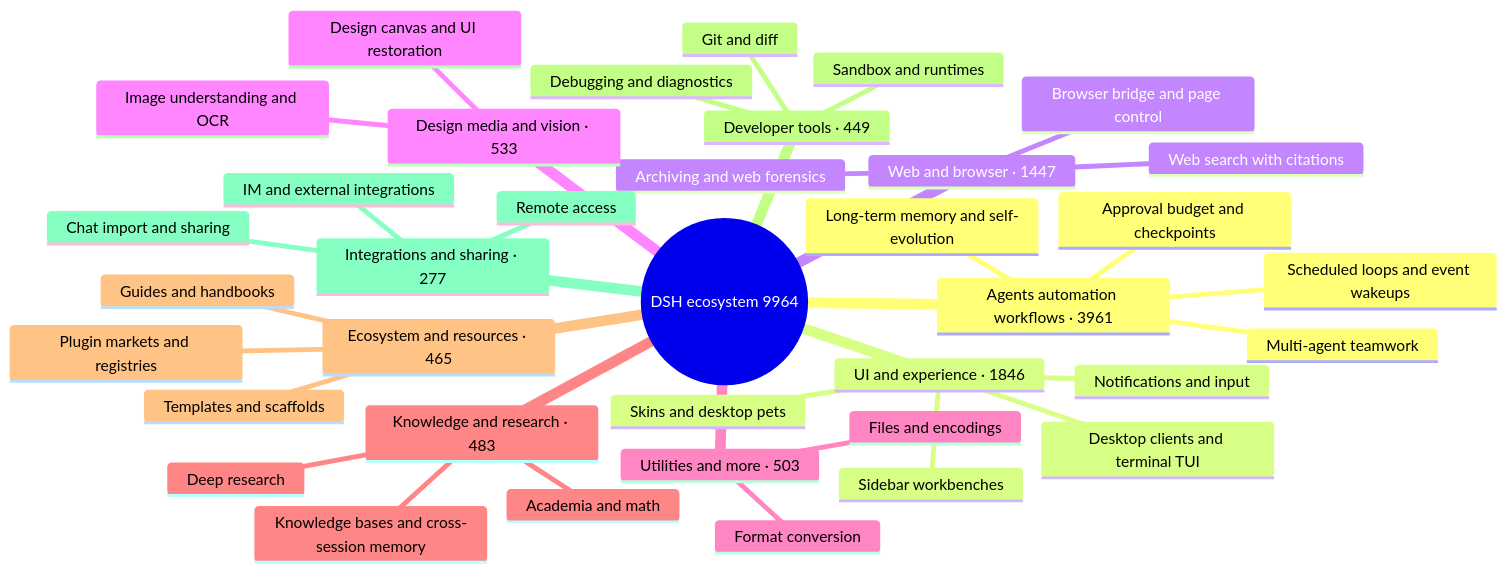
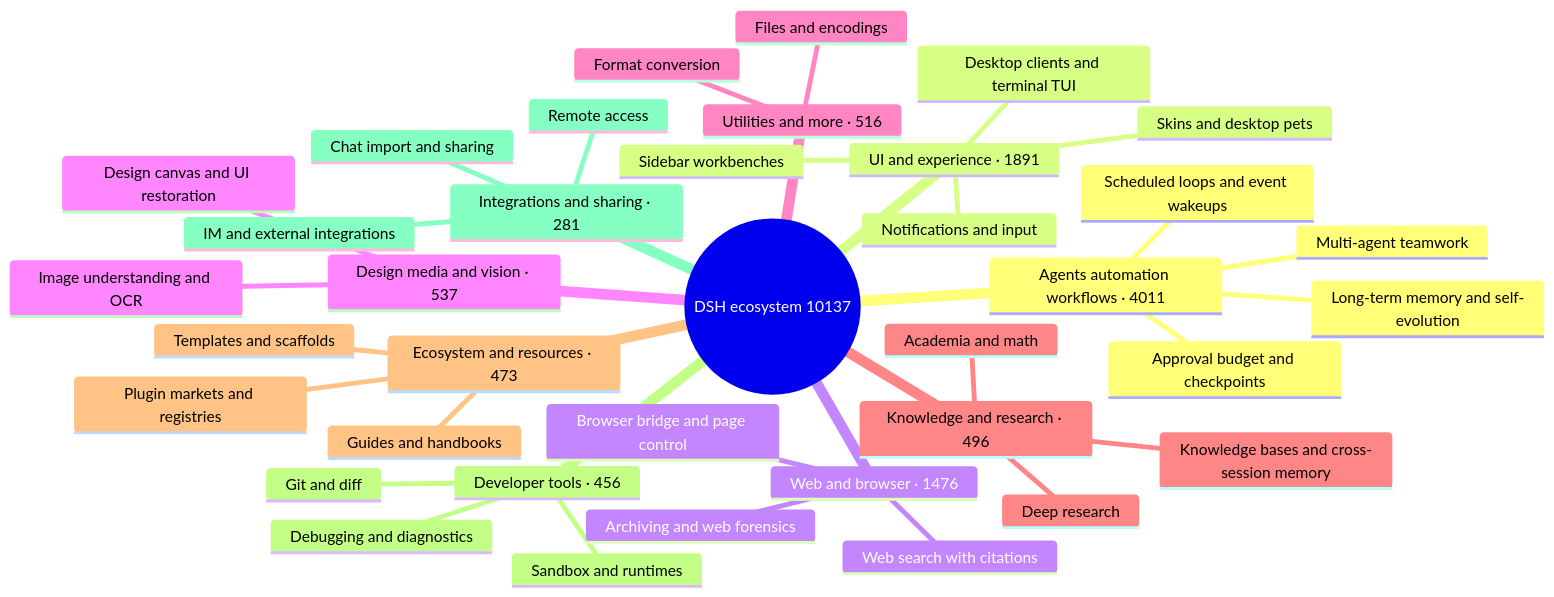
Before and after one commit to bruc3van/awesome-dsh-plugin: the diagram in README_EN.md, drawn with Mermaid. The commit also changed other lines of this file and 20 other files, not shown here.

````diff
--- a/README_EN.md
+++ b/README_EN.md
@@ -32,40 +32,40 @@
 ```mermaid
 mindmap
-  root((DSH ecosystem 9964))
-    Agents automation workflows · 3961
+  root((DSH ecosystem 10137))
+    Agents automation workflows · 4011
       Scheduled loops and event wakeups
       Multi-agent teamwork
       Long-term memory and self-evolution
       Approval budget and checkpoints
-    UI and experience · 1846
+    UI and experience · 1891
       Desktop clients and terminal TUI
       Sidebar workbenches
       Skins and desktop pets
       Notifications and input
-    Web and browser · 1447
+    Web and browser · 1476
       Browser bridge and page control
       Web search with citations
       Archiving and web forensics
-    Design media and vision · 533
+    Design media and vision · 537
       Image understanding and OCR
       Design canvas and UI restoration
-    Utilities and more · 503
+    Utilities and more · 516
       Files and encodings
       Format conversion
-    Knowledge and research · 483
+    Knowledge and research · 496
       Knowledge bases and cross-session memory
       Deep research
       Academia and math
-    Ecosystem and resources · 465
+    Ecosystem and resources · 473
       Plugin markets and registries
       Templates and scaffolds
       Guides and handbooks
-    Developer tools · 449
+    Developer tools · 456
       Git and diff
       Sandbox and runtimes
       Debugging and diagnostics
-    Integrations and sharing · 277
+    Integrations and sharing · 281
       Chat import and sharing
       Remote access
       IM and external integrations
 ```
````
